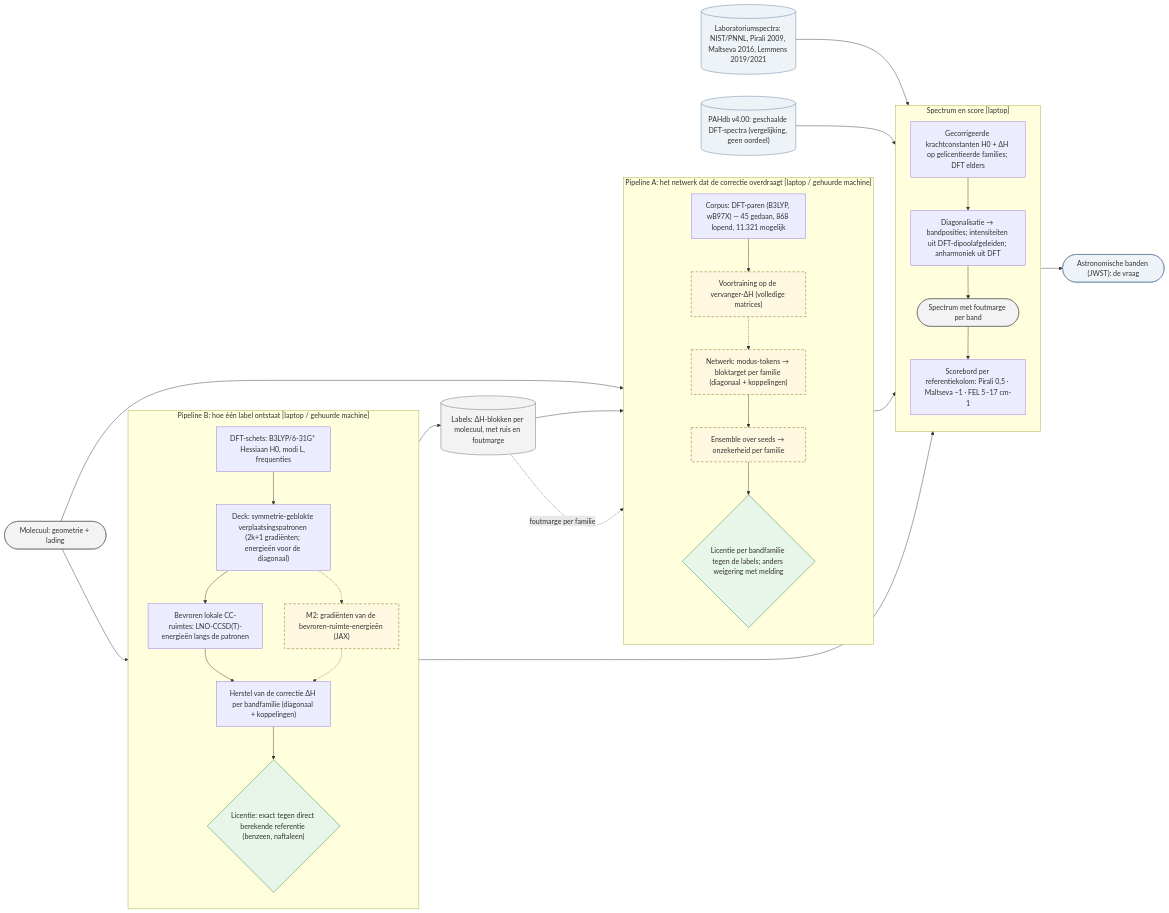
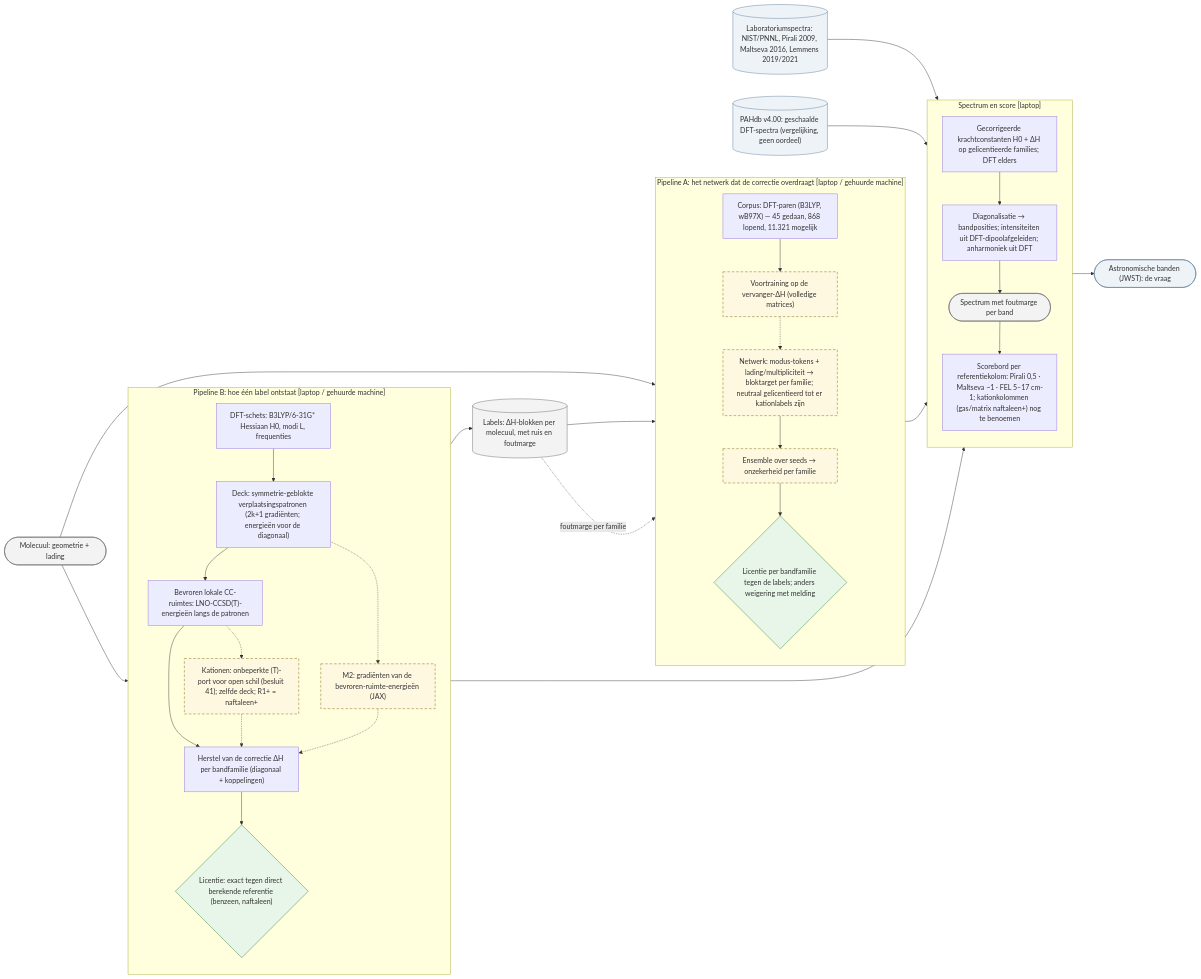
The diagram in plans/05_delta-probed-ir-pipeline/GoalGathering/architecture/00_overzicht.mmd (thebreadishard/udacity-capstone-plan), drawn with Mermaid before and after one commit. The commit also changed 4 other files, not shown here.

Commit message:
Plan 05 architecture: cations added, dashed (the (T)-port of decision 41 in pipeline B, charge/multiplicity tokens and per-charge licence in pipeline A, cation scoring columns to be named)

```diff
--- a/plans/05_delta-probed-ir-pipeline/GoalGathering/architecture/00_overzicht.mmd
+++ b/plans/05_delta-probed-ir-pipeline/GoalGathering/architecture/00_overzicht.mmd
@@ -1,57 +1,59 @@
 %% Architectuur plan 05 — overzicht (niveau 2), stand 19 september 2026.
 %% Doorgetrokken = gemeten/bestaat; gestippeld = te bouwen. Stromen zijn data. Rekenplaats tussen haken.
 flowchart LR
   classDef planned stroke-dasharray: 6 4,stroke:#7a5c00,fill:#fff8e1
   classDef ext fill:#eef3f8,stroke:#5b7a99
   classDef data fill:#f3f3f3,stroke:#666
   classDef gate fill:#e8f5e9,stroke:#2e7d32
 
   MOL(["Molecuul: geometrie + lading"]):::data
 
   subgraph B["Pipeline B: hoe één label ontstaat  [laptop / gehuurde machine]"]
     direction TB
     DFT["DFT-schets: B3LYP/6-31G* Hessiaan H0, modi L, frequenties"]
     DECK["Deck: symmetrie-geblokte verplaatsingspatronen (2k+1 gradiënten; energieën voor de diagonaal)"]
     LNO["Bevroren lokale CC-ruimtes: LNO-CCSD(T)-energieën langs de patronen"]
     GRAD["M2: gradiënten van de bevroren-ruimte-energieën (JAX)"]:::planned
+    CAT["Kationen: onbeperkte (T)-port voor open schil (besluit 41); zelfde deck; R1+ = naftaleen+"]:::planned
     REC["Herstel van de correctie ΔH per bandfamilie (diagonaal + koppelingen)"]
     LIC1{"Licentie: exact tegen direct berekende referentie (benzeen, naftaleen)"}:::gate
     DFT --> DECK --> LNO --> REC
     DECK -.-> GRAD -.-> REC
+    LNO -.-> CAT -.-> REC
     REC --> LIC1
   end
 
   LABELS[("Labels: ΔH-blokken per molecuul, met ruis en foutmarge")]:::data
 
   subgraph A["Pipeline A: het netwerk dat de correctie overdraagt  [laptop / gehuurde machine]"]
     direction TB
     CORP["Corpus: DFT-paren (B3LYP, wB97X) — 45 gedaan, 868 lopend, 11.321 mogelijk"]
     PRE["Voortraining op de vervanger-ΔH (volledige matrices)"]:::planned
-    NET["Netwerk: modus-tokens → bloktarget per familie (diagonaal + koppelingen)"]:::planned
+    NET["Netwerk: modus-tokens + lading/multipliciteit → bloktarget per familie; neutraal gelicentieerd tot er kationlabels zijn"]:::planned
     ENS["Ensemble over seeds → onzekerheid per familie"]:::planned
     LIC2{"Licentie per bandfamilie tegen de labels; anders weigering met melding"}:::gate
     CORP --> PRE -.-> NET --> ENS --> LIC2
   end
 
   subgraph S["Spectrum en score  [laptop]"]
     direction TB
     CORR["Gecorrigeerde krachtconstanten H0 + ΔH op gelicentieerde families; DFT elders"]
     DIAG["Diagonalisatie → bandposities; intensiteiten uit DFT-dipoolafgeleiden; anharmoniek uit DFT"]
     SPEC(["Spectrum met foutmarge per band"]):::data
-    SCORE["Scorebord per referentiekolom: Pirali 0,5 · Maltseva ~1 · FEL 5–17 cm-1"]
+    SCORE["Scorebord per referentiekolom: Pirali 0,5 · Maltseva ~1 · FEL 5–17 cm-1; kationkolommen (gas/matrix naftaleen+) nog te benoemen"]
     CORR --> DIAG --> SPEC --> SCORE
   end
 
   LAB[("Laboratoriumspectra: NIST/PNNL, Pirali 2009, Maltseva 2016, Lemmens 2019/2021")]:::ext
   PAHDB[("PAHdb v4.00: geschaalde DFT-spectra (vergelijking, geen oordeel)")]:::ext
   JWST(["Astronomische banden (JWST): de vraag"]):::ext
 
   MOL --> DFT
   MOL --> CORP
   LIC1 --> LABELS --> NET
   LABELS -. "foutmarge per familie" .-> LIC2
   LIC2 --> CORR
   DFT --> CORR
   LAB --> SCORE
   PAHDB --> SCORE
   SCORE --> JWST
```
